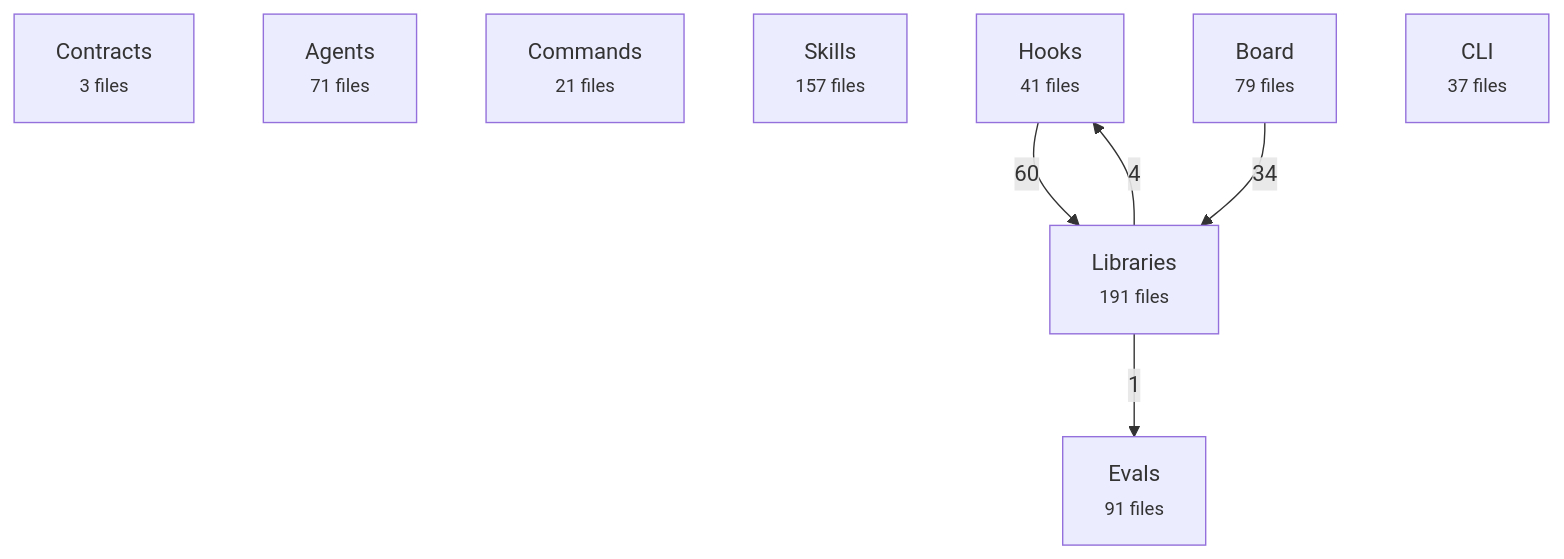
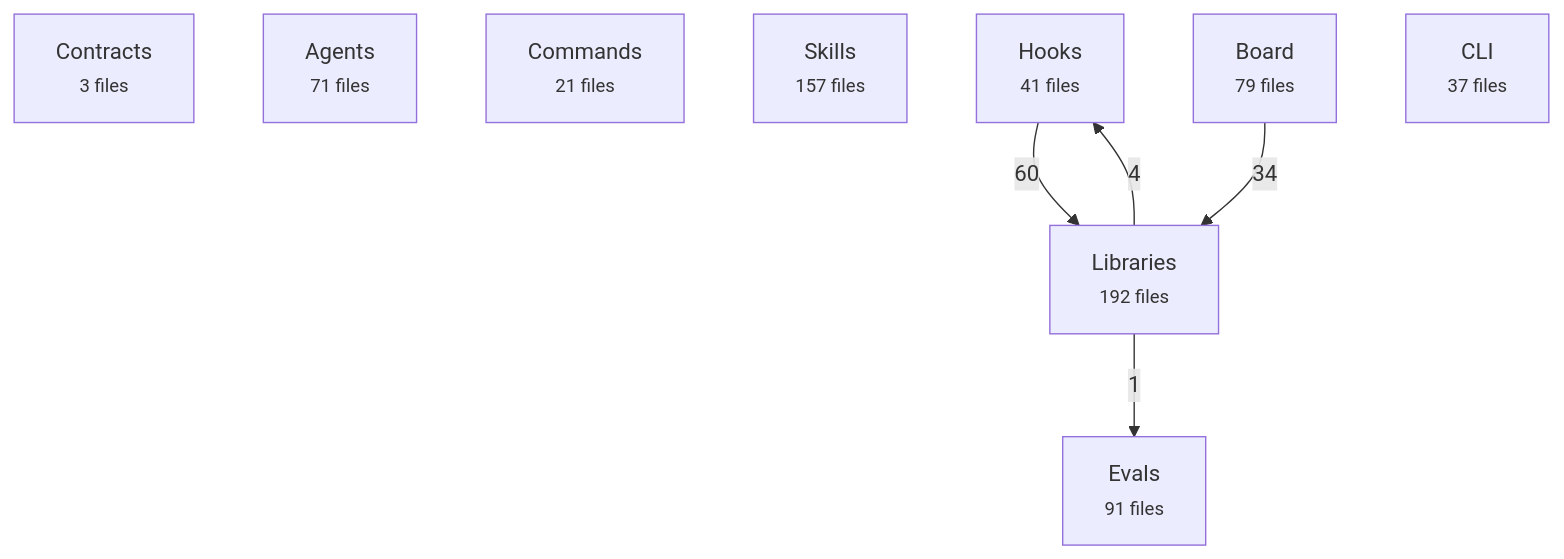
One commit to avelikiy/great_cto changed the first of 2 diagrams in docs/reference/architecture-map.md. Above: the diagram before and after it, drawn with Mermaid. The commit also changed other lines of this file and 4 other files, not shown here.

````diff
--- a/docs/reference/architecture-map.md
+++ b/docs/reference/architecture-map.md
@@ -20,16 +20,16 @@
 ```mermaid
 flowchart TD
   contracts["Contracts<br/><small>3 files</small>"]
   agents["Agents<br/><small>71 files</small>"]
   commands["Commands<br/><small>21 files</small>"]
   skills["Skills<br/><small>157 files</small>"]
   hooks["Hooks<br/><small>41 files</small>"]
-  libs["Libraries<br/><small>191 files</small>"]
+  libs["Libraries<br/><small>192 files</small>"]
   board["Board<br/><small>79 files</small>"]
   cli["CLI<br/><small>37 files</small>"]
   evals["Evals<br/><small>91 files</small>"]
   hooks -->|60| libs
   board -->|34| libs
   libs -->|4| hooks
   libs -->|1| evals
 ```
````
